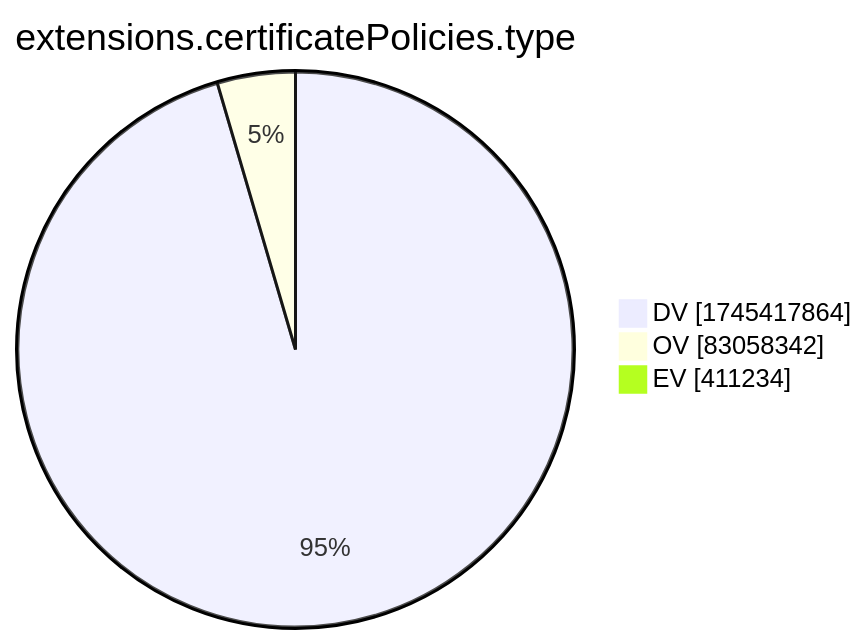
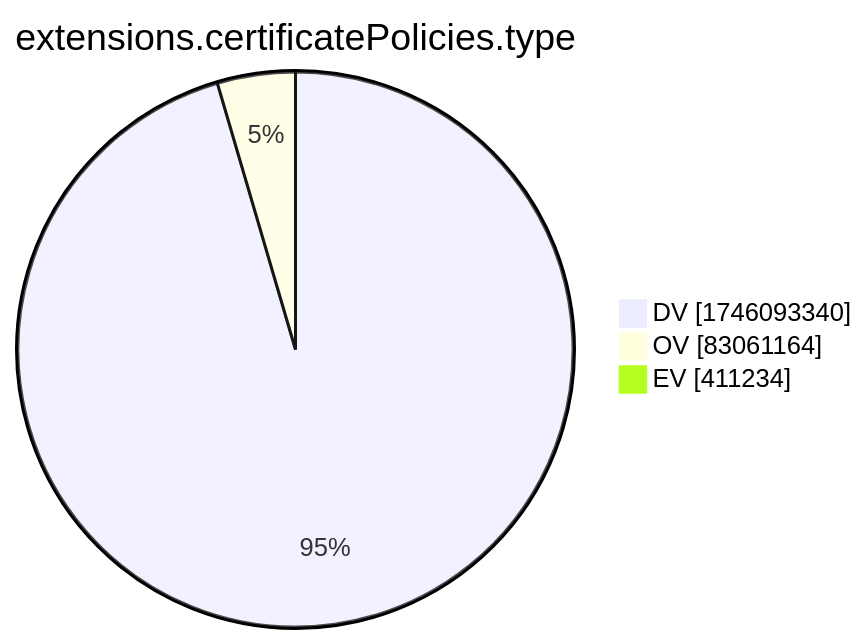
One commit to christiankrug/ctmonitor_visualization changed the tenth of 15 diagrams in xenon2022/README.md. Above: the diagram before and after it, drawn with Mermaid. The commit also changed other lines of this file, not shown here.

````diff
--- a/xenon2022/README.md
+++ b/xenon2022/README.md
@@ -2881,7 +2881,7 @@
 ```mermaid
 pie showData
 title extensions.certificatePolicies.type
-"DV" :1745417864
-"OV" :83058342
+"DV" :1746093340
+"OV" :83061164
 "EV" :411234
 ```
````
